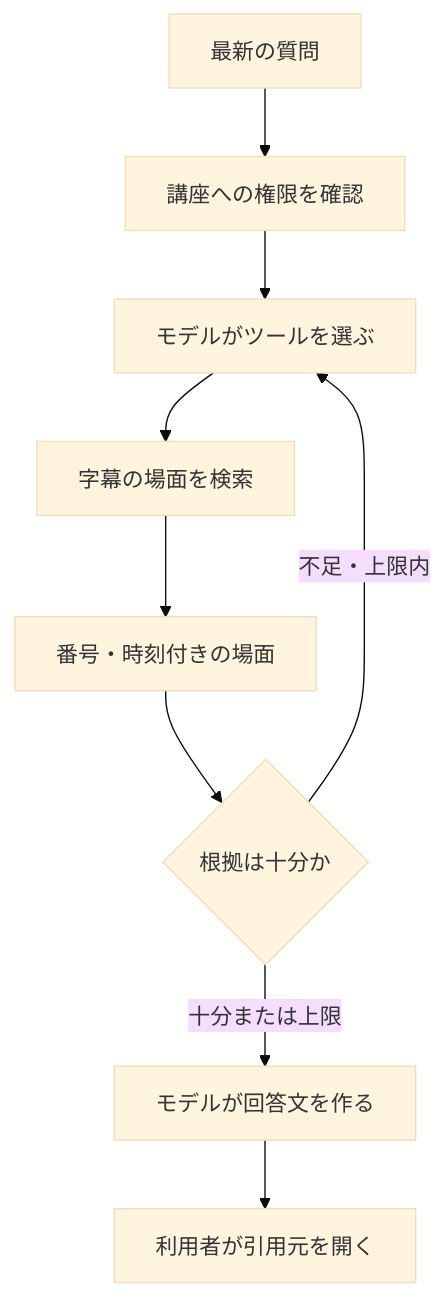
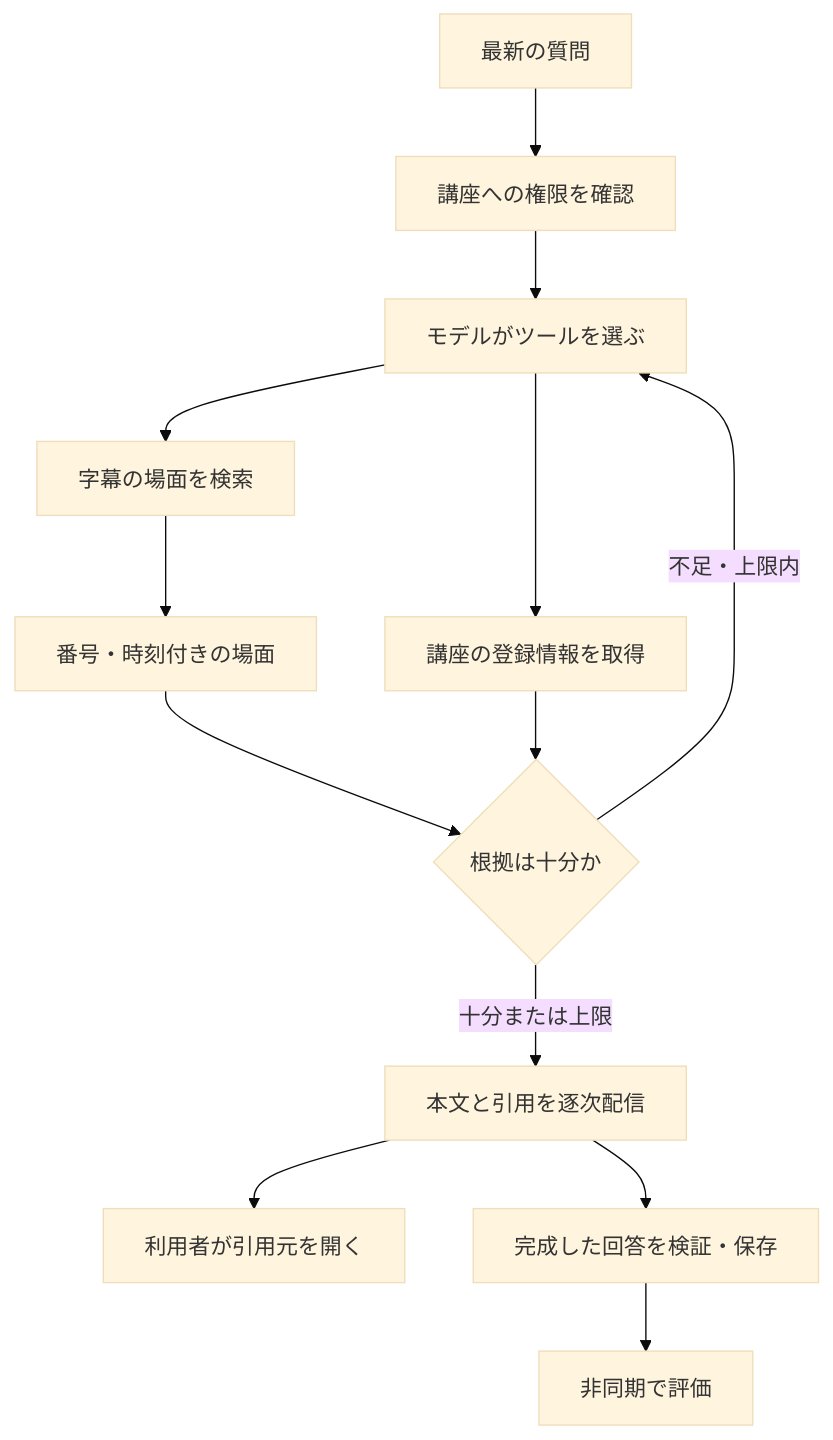
Before and after one commit to yukiharada1228/videoq: the diagram in apps/docs/i18n/ja/docusaurus-plugin-content-docs/current/concepts/how-ai-works.md, drawn with Mermaid (base theme). The commit also changed other lines of this file and 25 other files, not shown here.

````diff
--- a/apps/docs/i18n/ja/docusaurus-plugin-content-docs/current/concepts/how-ai-works.md
+++ b/apps/docs/i18n/ja/docusaurus-plugin-content-docs/current/concepts/how-ai-works.md
@@ -35,11 +49,15 @@
 ```mermaid
 flowchart TD
     Q[最新の質問] --> A[講座への権限を確認]
     A --> M[モデルがツールを選ぶ]
     M --> S[字幕の場面を検索]
+    M --> I[講座の登録情報を取得]
     S --> R[番号・時刻付きの場面]
     R --> D{根拠は十分か}
+    I --> D
     D -->|不足・上限内| M
-    D -->|十分または上限| F[モデルが回答文を作る]
+    D -->|十分または上限| F[本文と引用を逐次配信]
     F --> C[利用者が引用元を開く]
+    F --> V[完成した回答を検証・保存]
+    V --> E[非同期で評価]
 ```
````
